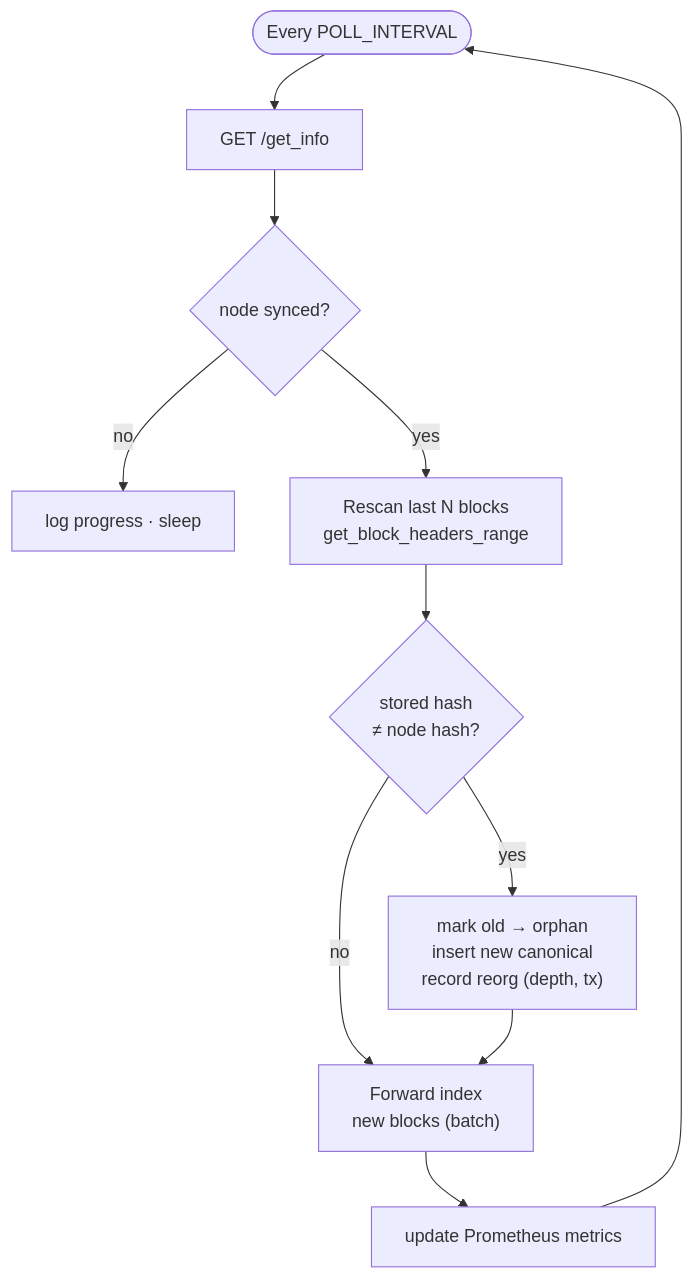
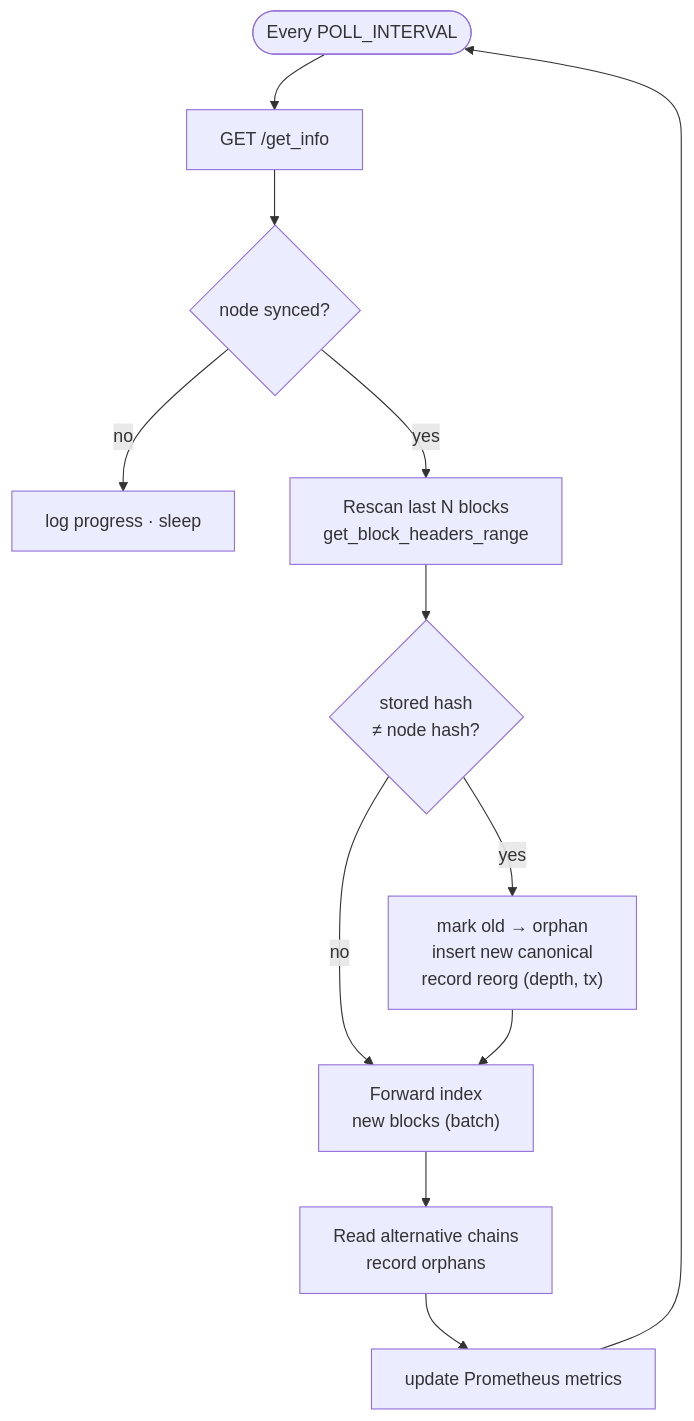
Before and after one commit to nowi333/monerometrics: the third of 4 diagrams in README.md, drawn with Mermaid. The commit also changed other lines of this file and 27 other files, not shown here.

Commit message:
record alternative blocks, fix liveness, bound blocktime, harden mcp and k3s

````diff
--- a/README.md
+++ b/README.md
@@ -217,13 +222,14 @@
 ```mermaid
 flowchart TB
     Start(["Every POLL_INTERVAL"]) --> Info["GET /get_info"]
     Info --> Sync{"node synced?"}
     Sync -->|no| Wait["log progress · sleep"]
     Sync -->|yes| Rescan["Rescan last N blocks<br/>get_block_headers_range"]
     Rescan --> Diff{"stored hash<br/>≠ node hash?"}
     Diff -->|yes| Reorg["mark old → orphan<br/>insert new canonical<br/>record reorg (depth, tx)"]
     Diff -->|no| Fwd
     Reorg --> Fwd["Forward index<br/>new blocks (batch)"]
-    Fwd --> Metrics["update Prometheus metrics"]
+    Fwd --> Alt["Read alternative chains<br/>record orphans"]
+    Alt --> Metrics["update Prometheus metrics"]
     Metrics --> Start
 ```
````
